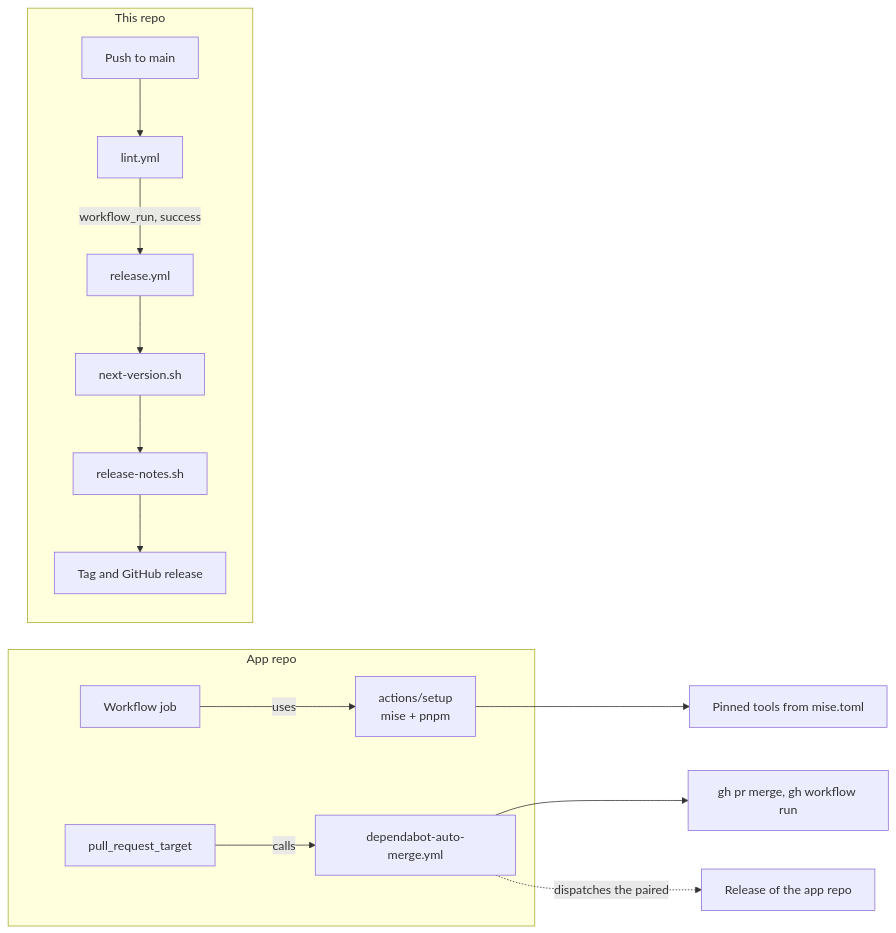
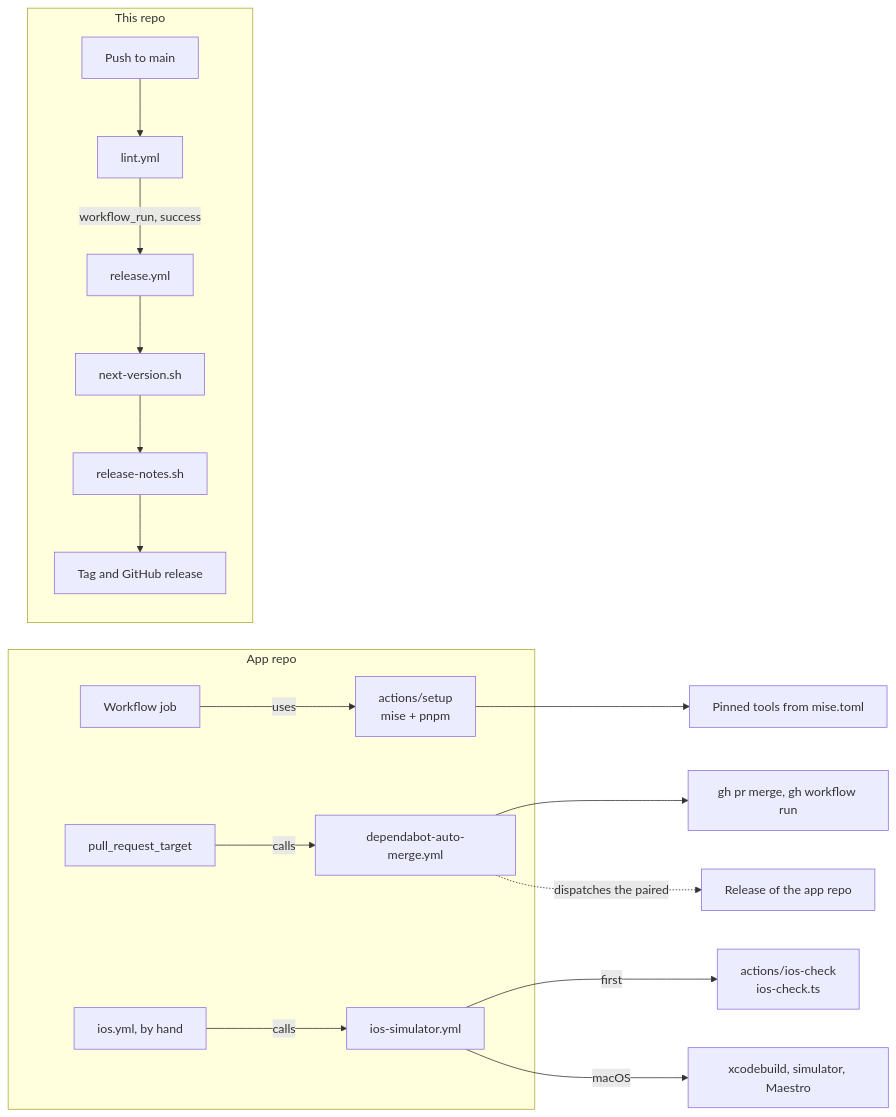
Before and after one commit to workbench-soft/ci: the diagram in docs/architecture.md, drawn with Mermaid. The commit also changed other lines of this file and 19 other files, not shown here.

First line of the commit message:
iOS: shared portability check and simulator workflow (#32)

````diff
--- a/docs/architecture.md
+++ b/docs/architecture.md
@@ -5,15 +5,18 @@
 ```mermaid
 flowchart LR
   subgraph app["App repo"]
     job["Workflow job"] -->|uses| setup["actions/setup<br/>mise + pnpm"]
     pr["pull_request_target"] -->|calls| auto["dependabot-auto-merge.yml"]
+    ios["ios.yml, by hand"] -->|calls| sim["ios-simulator.yml"]
   end
   setup --> tools["Pinned tools from mise.toml"]
   auto --> gh["gh pr merge, gh workflow run"]
+  sim -->|first| check["actions/ios-check<br/>ios-check.ts"]
+  sim -->|macOS| xcode["xcodebuild, simulator, Maestro"]
   auto -.->|dispatches the paired| appRelease["Release of the app repo"]
   subgraph own["This repo"]
     push["Push to main"] --> lint["lint.yml"]
     lint -->|workflow_run, success| release["release.yml"]
     release --> version["next-version.sh"] --> notes["release-notes.sh"] --> tag["Tag and GitHub release"]
   end
 ```
````
